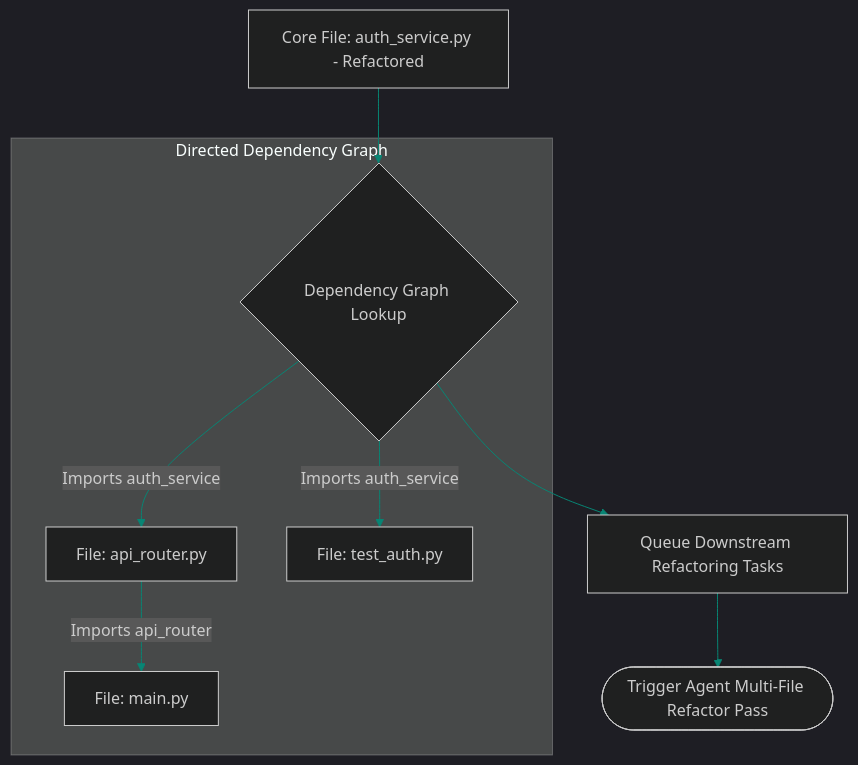
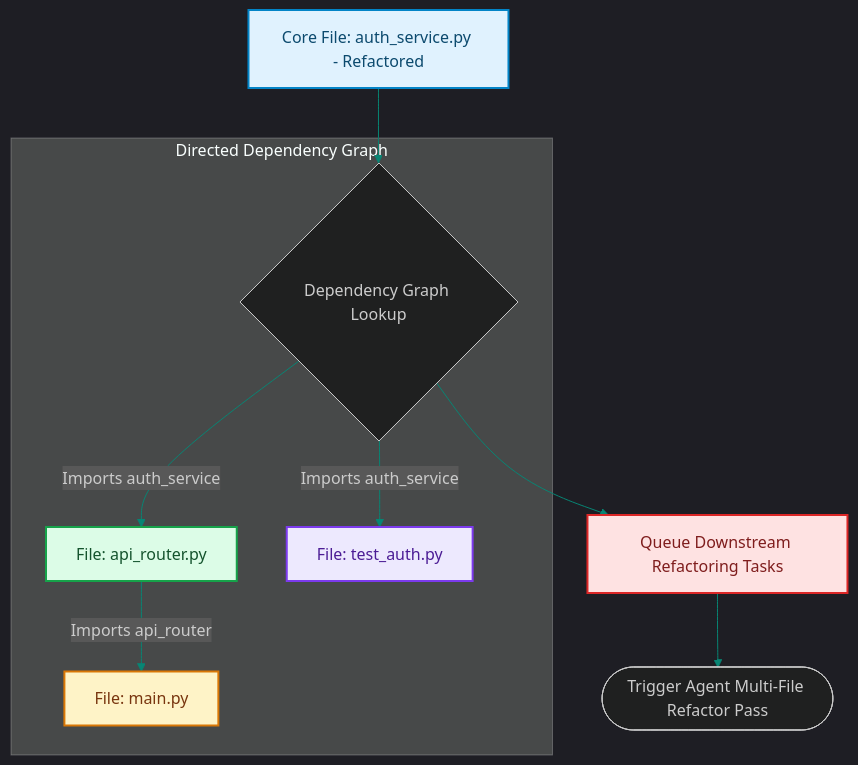
The diagram in blog/posts/autocoding-cross-module-dependency-graphs.md (akmalkhaniub/akmalkhaniub.github.io), drawn with Mermaid before and after one commit. The commit also changed other lines of this file and 1291 other files, not shown here.

First line of the commit message:
feat(catalog): unique covers, scholarly references, and diagram palettes

````diff
--- a/blog/posts/autocoding-cross-module-dependency-graphs.md
+++ b/blog/posts/autocoding-cross-module-dependency-graphs.md
@@ -16,14 +16,25 @@
 ```mermaid
 %%{init: {'theme': 'dark', 'themeVariables': { 'primaryColor': '#088574', 'primaryTextColor': '#f3f4f6', 'primaryBorderColor': '#0db49b', 'lineColor': '#088574', 'secondaryColor': '#111827', 'tertiaryColor': '#0b0f19'}}}%%
 flowchart TD
-    Target[Core File: auth_service.py - Refactored] --> Impact{Dependency Graph Lookup}
+    Target["Core File: auth_service.py - Refactored"] --> Impact{Dependency Graph Lookup}
     
     subgraph SG1_DirectedDependencyGraph ["Directed Dependency Graph"]
-        Impact -->|Imports auth_service| Caller1[File: api_router.py]
-        Impact -->|Imports auth_service| Caller2[File: test_auth.py]
-        Caller1 -->|Imports api_router| Server[File: main.py]
+        Impact -->|Imports auth_service| Caller1["File: api_router.py"]
+        Impact -->|Imports auth_service| Caller2["File: test_auth.py"]
+        Caller1 -->|Imports api_router| Server["File: main.py"]
     end
     
-    Impact --> Queue[Queue Downstream Refactoring Tasks]
+    Impact --> Queue["Queue Downstream Refactoring Tasks"]
     Queue --> Agent([Trigger Agent Multi-File Refactor Pass])
+
+classDef green fill:#dcfce7,stroke:#16a34a,stroke-width:2px,color:#14532d;
+classDef red fill:#fee2e2,stroke:#dc2626,stroke-width:2px,color:#7f1d1d;
+classDef blue fill:#e0f2fe,stroke:#0284c7,stroke-width:2px,color:#0c4a6e;
+classDef yellow fill:#fef3c7,stroke:#d97706,stroke-width:2px,color:#78350f;
+classDef purple fill:#ede9fe,stroke:#7c3aed,stroke-width:2px,color:#4c1d95;
+class Target blue
+class Caller1 green
+class Caller2 purple
+class Server yellow
+class Queue red
 ```
````
